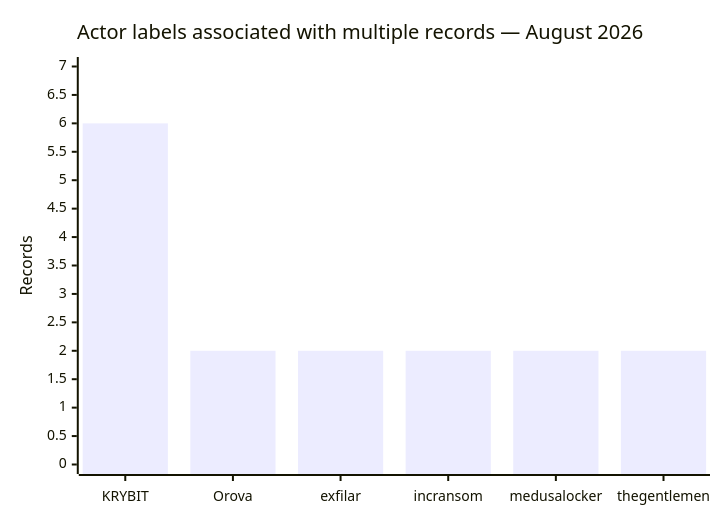
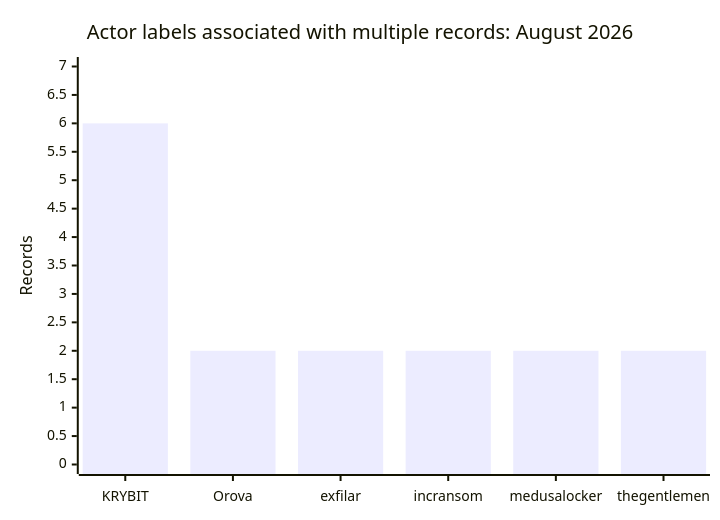
One commit to Hatchepsoute/AFRINTEL changed the seventh of 7 diagrams in CyberAttackAfrica/2026/08-august/README.md. Above: the diagram before and after it, drawn with Mermaid. The commit also changed other lines of this file and 1 other file, not shown here.

````diff
--- a/CyberAttackAfrica/2026/08-august/README.md
+++ b/CyberAttackAfrica/2026/08-august/README.md
@@ -361,7 +361,7 @@
 ```mermaid
 xychart-beta
-    title "Actor labels associated with multiple records — August 2026"
+    title "Actor labels associated with multiple records: August 2026"
     x-axis ["KRYBIT", "Orova", "exfilar", "incransom", "medusalocker", "thegentlemen"]
     y-axis "Records" 0 --> 7
     bar [6, 2, 2, 2, 2, 2]
 ```
````
